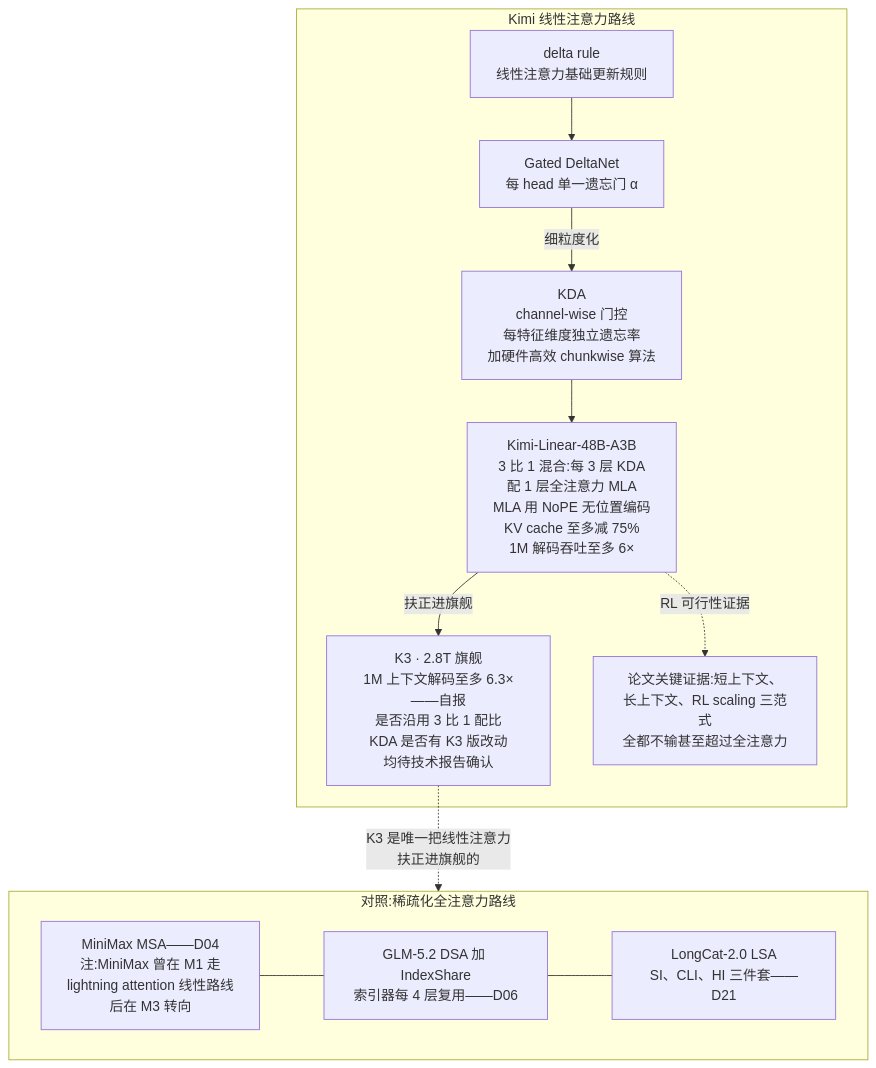
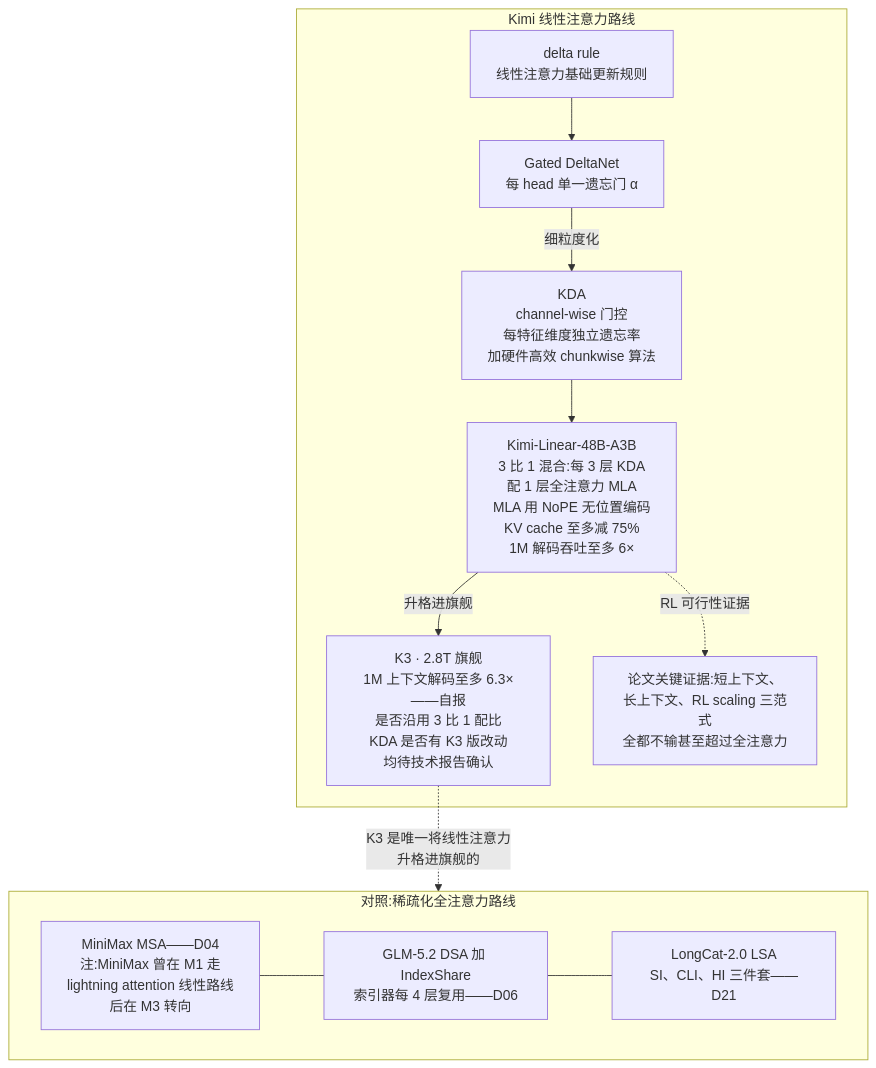
The second of 4 diagrams in docs/blog/dispatch-24-kimi-k3.md (lloo099/mission44), drawn with Mermaid before and after one commit. The commit also changed other lines of this file and 24 other files, not shown here.

Commit message:
全站文风统一:29 篇按'专业简洁、去口语化'标准批量修订 — 确定性替换 100 处(崩法→失稳模式/洼地→空白领域/占坑→公开工作/黑箱→未公开/datatype 动物园→谱系/押注→投入/护城河→竞争壁垒 等)+ 8 个编辑 agent 分批逐句精修(D24 单篇 38 处;两轮均遇用量上限中断后续跑完成)+ blog.json 摘要 6 处 + 综述残留 2 处. 术语全站一致化; 29 文件 mermaid 全验证 0 errors; 快照页同步重建

````diff
--- a/docs/blog/dispatch-24-kimi-k3.md
+++ b/docs/blog/dispatch-24-kimi-k3.md
@@ -57,18 +57,18 @@
 ```mermaid
 flowchart TB
     subgraph LIN ["Kimi 线性注意力路线"]
         L1["delta rule<br/>线性注意力基础更新规则"] --> L2["Gated DeltaNet<br/>每 head 单一遗忘门 α"]
         L2 -->|"细粒度化"| L3["KDA<br/>channel-wise 门控<br/>每特征维度独立遗忘率<br/>加硬件高效 chunkwise 算法"]
         L3 --> L4["Kimi-Linear-48B-A3B<br/>3 比 1 混合:每 3 层 KDA<br/>配 1 层全注意力 MLA<br/>MLA 用 NoPE 无位置编码<br/>KV cache 至多减 75%<br/>1M 解码吞吐至多 6×"]
-        L4 -->|"扶正进旗舰"| L5["K3 · 2.8T 旗舰<br/>1M 上下文解码至多 6.3×——自报<br/>是否沿用 3 比 1 配比<br/>KDA 是否有 K3 版改动<br/>均待技术报告确认"]
+        L4 -->|"升格进旗舰"| L5["K3 · 2.8T 旗舰<br/>1M 上下文解码至多 6.3×——自报<br/>是否沿用 3 比 1 配比<br/>KDA 是否有 K3 版改动<br/>均待技术报告确认"]
         L6["论文关键证据:短上下文、<br/>长上下文、RL scaling 三范式<br/>全都不输甚至超过全注意力"]
         L4 -. "RL 可行性证据" .-> L6
     end
     subgraph SPARSE ["对照:稀疏化全注意力路线"]
         S1["MiniMax MSA——D04<br/>注:MiniMax 曾在 M1 走<br/>lightning attention 线性路线<br/>后在 M3 转向"]
         S2["GLM-5.2 DSA 加 IndexShare<br/>索引器每 4 层复用——D06"]
         S3["LongCat-2.0 LSA<br/>SI、CLI、HI 三件套——D21"]
     end
     S1 --- S2 --- S3
-    L5 -. "K3 是唯一把线性注意力<br/>扶正进旗舰的" .-> SPARSE
+    L5 -. "K3 是唯一将线性注意力<br/>升格进旗舰的" .-> SPARSE
 ```
````
